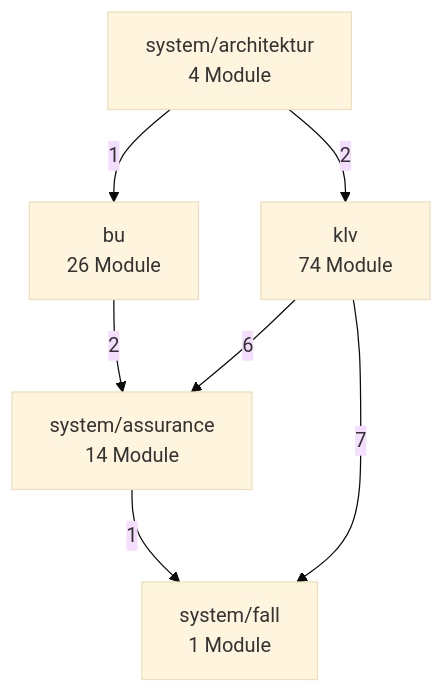
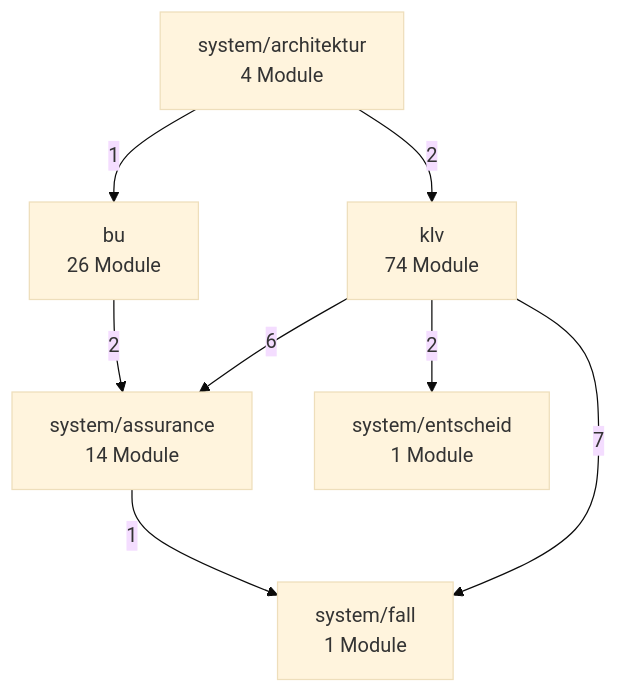
Before and after one commit to bartlmac/rechner-pipeline: the second of 3 diagrams in docs/architektur/landkarte.md, drawn with Mermaid (base theme). The commit also changed other lines of this file and 7 other files, not shown here.

````diff
--- a/docs/architektur/landkarte.md
+++ b/docs/architektur/landkarte.md
@@ -73,15 +74,17 @@
 ```mermaid
 %% Fachknoten — erzeugt von ontologie.landkarte
 flowchart TD
     bu["bu<br/>26 Module"]
     klv["klv<br/>74 Module"]
     system_architektur["system/architektur<br/>4 Module"]
     system_assurance["system/assurance<br/>14 Module"]
+    system_entscheid["system/entscheid<br/>1 Module"]
     system_fall["system/fall<br/>1 Module"]
     bu -- 2 --> system_assurance
     klv -- 6 --> system_assurance
+    klv -- 2 --> system_entscheid
     klv -- 7 --> system_fall
     system_architektur -- 1 --> bu
     system_architektur -- 2 --> klv
     system_assurance -- 1 --> system_fall
 ```
````
